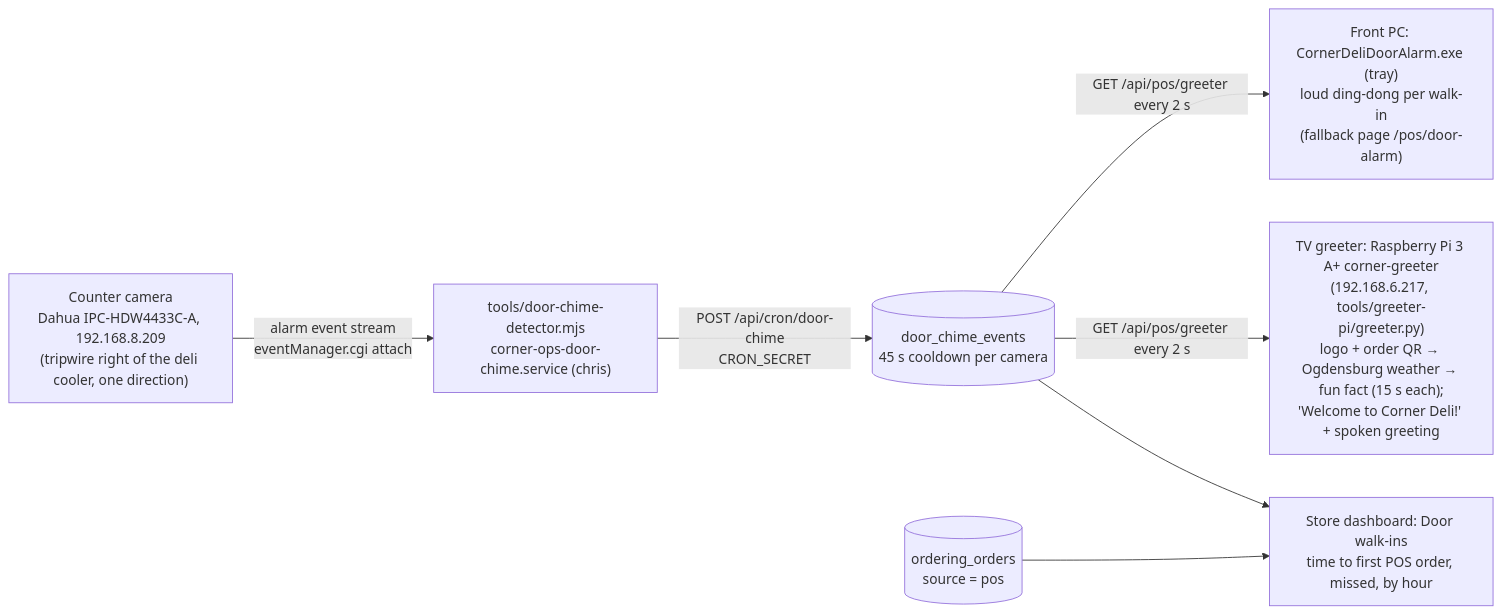
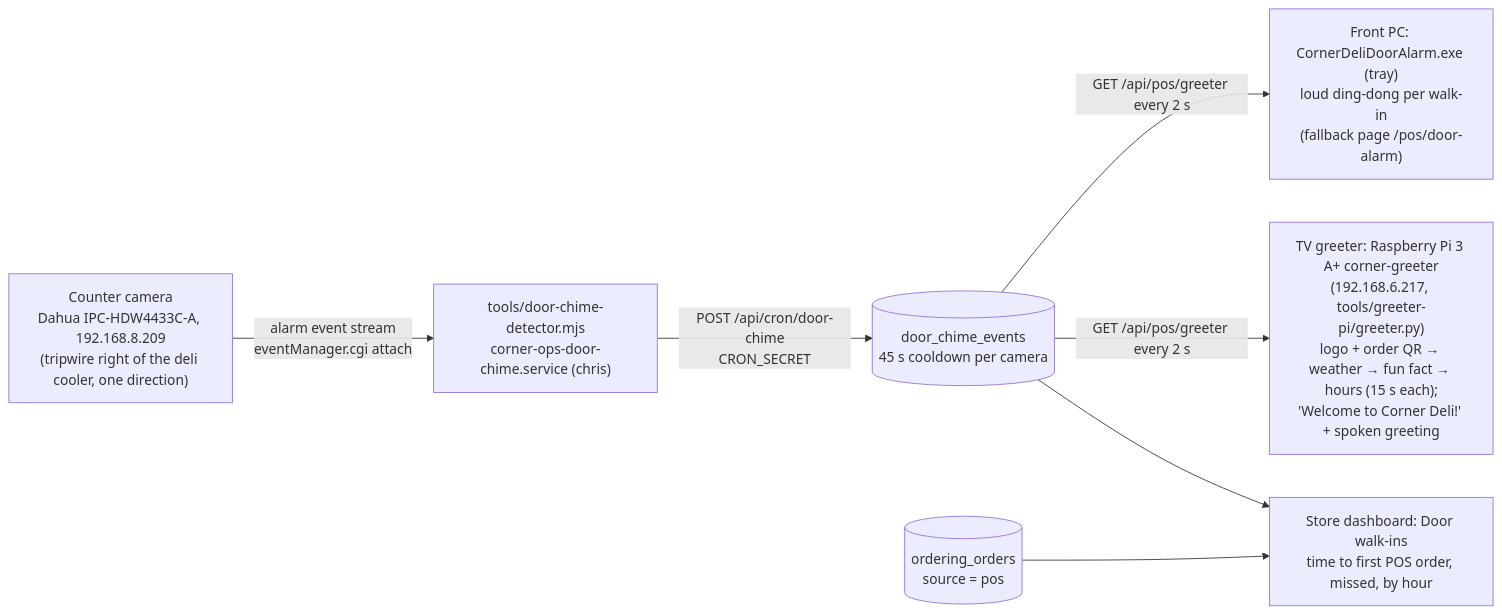
One commit to metalcoat/corner-ops changed the seventh of 7 diagrams in docs/PROCESS-MAP.md. Above: the diagram before and after it, drawn with Mermaid. The commit also changed other lines of this file and 5 other files, not shown here.

First line of the commit message:
TV greeter: "Our hours" slide

````diff
--- a/docs/PROCESS-MAP.md
+++ b/docs/PROCESS-MAP.md
@@ -261,9 +261,9 @@
 ```mermaid
 flowchart LR
   cam["Counter camera<br/>Dahua IPC-HDW4433C-A, 192.168.8.209<br/>(tripwire right of the deli cooler, one direction)"] -->|"alarm event stream<br/>eventManager.cgi attach"| det["tools/door-chime-detector.mjs<br/>corner-ops-door-chime.service (chris)"]
   det -->|"POST /api/cron/door-chime<br/>CRON_SECRET"| ev[(door_chime_events<br/>45 s cooldown per camera)]
   ev --> dash["Store dashboard: Door walk-ins<br/>time to first POS order, missed, by hour"]
   ord[(ordering_orders<br/>source = pos)] --> dash
-  ev -->|"GET /api/pos/greeter every 2 s"| tv["TV greeter: Raspberry Pi 3 A+ corner-greeter<br/>(192.168.6.217, tools/greeter-pi/greeter.py)<br/>logo + order QR → Ogdensburg weather → fun fact (15 s each);<br/>'Welcome to Corner Deli!' + spoken greeting"]
+  ev -->|"GET /api/pos/greeter every 2 s"| tv["TV greeter: Raspberry Pi 3 A+ corner-greeter<br/>(192.168.6.217, tools/greeter-pi/greeter.py)<br/>logo + order QR → weather → fun fact → hours (15 s each);<br/>'Welcome to Corner Deli!' + spoken greeting"]
   ev -->|"GET /api/pos/greeter every 2 s"| pc["Front PC: CornerDeliDoorAlarm.exe (tray)<br/>loud ding-dong per walk-in<br/>(fallback page /pos/door-alarm)"]
 ```
````
